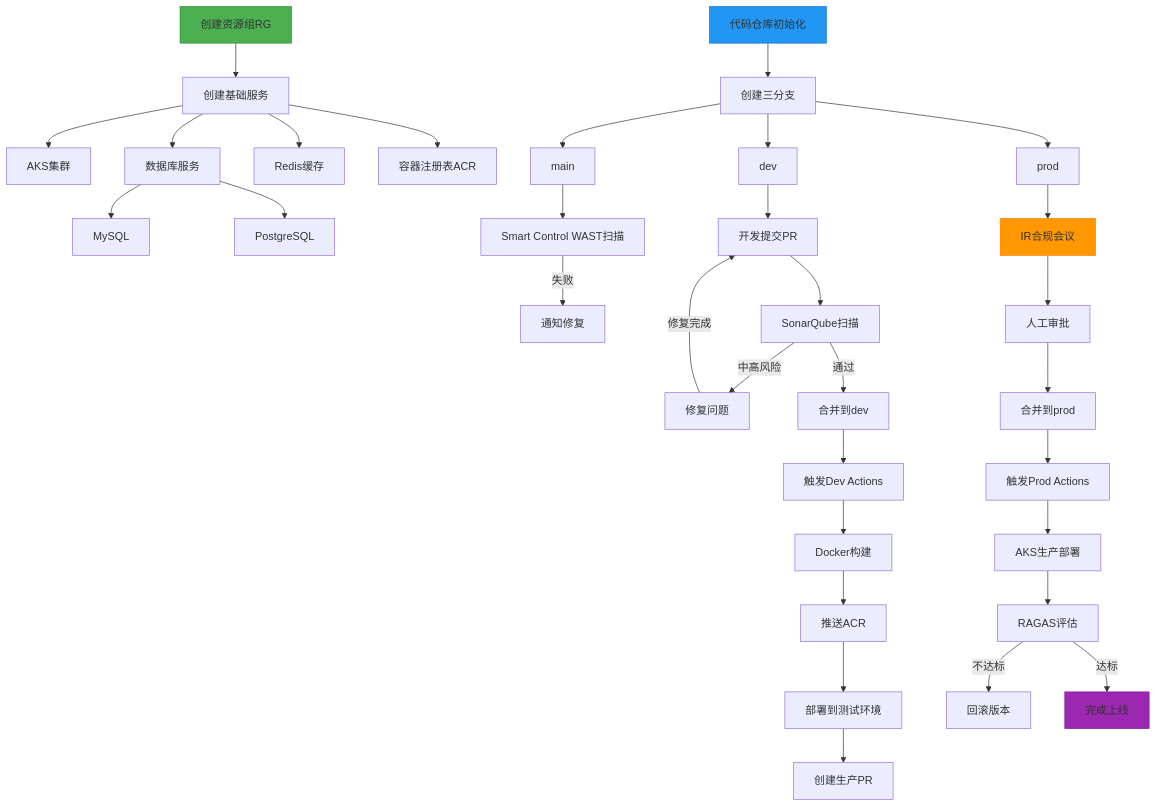
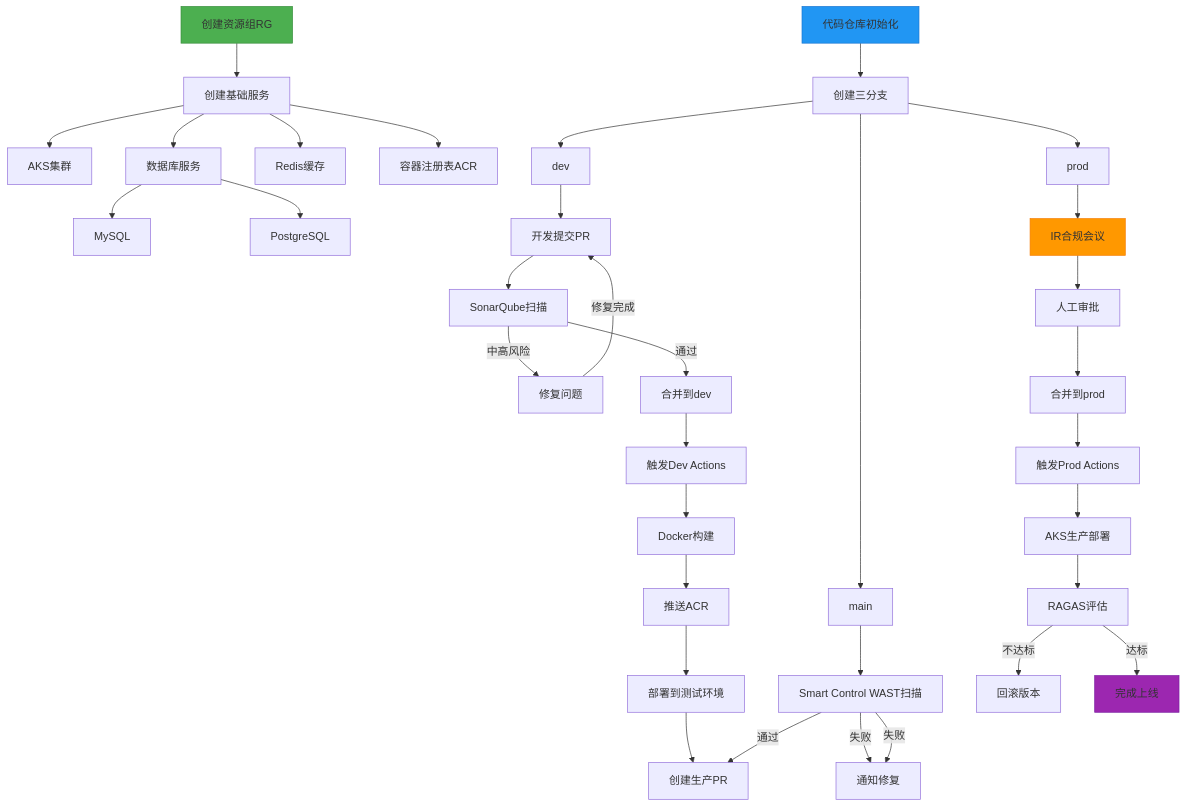
Before and after one commit to funnyData/iodraw-files: the diagram in all/未命名-1.md, drawn with Mermaid.

Commit message:
2025-02-27 09:13:57 update

````diff
--- a/all/未命名-1.md
+++ b/all/未命名-1.md
@@ -1,56 +1,56 @@
 ```mermaid
 graph TD
     A[创建资源组RG] --> B[创建基础服务]
     B --> C[AKS集群]
     B --> D[数据库服务]
     D --> DA[MySQL]
     D --> DB[PostgreSQL]
     B --> E[Redis缓存]
     B --> F[容器注册表ACR]
     
     G[代码仓库初始化] --> H[创建三分支]
     H --> I[dev]
     H --> J[main]
     H --> K[prod]
     K --> W[IR合规会议]
     J --> T[Smart Control WAST扫描]
     T -->|失败| U[通知修复]
     I --> L[开发提交PR]
     L --> M[SonarQube扫描]
     M -->|中高风险| N[修复问题]
     N -->|修复完成|L
     M -->|通过| O[合并到dev]
     
     O --> P[触发Dev Actions]
     P --> Q[Docker构建]
     Q --> R[推送ACR]
     R --> S[部署到测试环境]
-    S --> V[创建生产PR]
+    S -->V[创建生产PR]
 
     
     %% S --> T[Smart Control WAST扫描]
-    %% T -->|失败| U[通知修复]
+    T -->|失败| U[通知修复]
 
     
-    %% T -->|通过| V[创建生产PR]
+    T -->|通过| V[创建生产PR]
 
     
     %% V --> W[IR合规会议]
     W --> X[人工审批]
     X --> Y[合并到prod]
     
     Y --> Z[触发Prod Actions]
     Z --> AC[AKS生产部署]
     %% Z --> AA[安全扫描]
     %% AA -->|高风险| AB[终止部署]
     %% AA -->|通过| AC[AKS生产部署]
     
     AC --> AD[RAGAS评估]
     AD -->|不达标| AE[回滚版本]
     AD -->|达标| AF[完成上线]
     
     style A fill:#4CAF50,stroke:#388E3C
     style G fill:#2196F3,stroke:#1976D2
     style W fill:#FF9800,stroke:#F57C00
     style AF fill:#9C27B0,stroke:#7B1FA2
 ```
````
